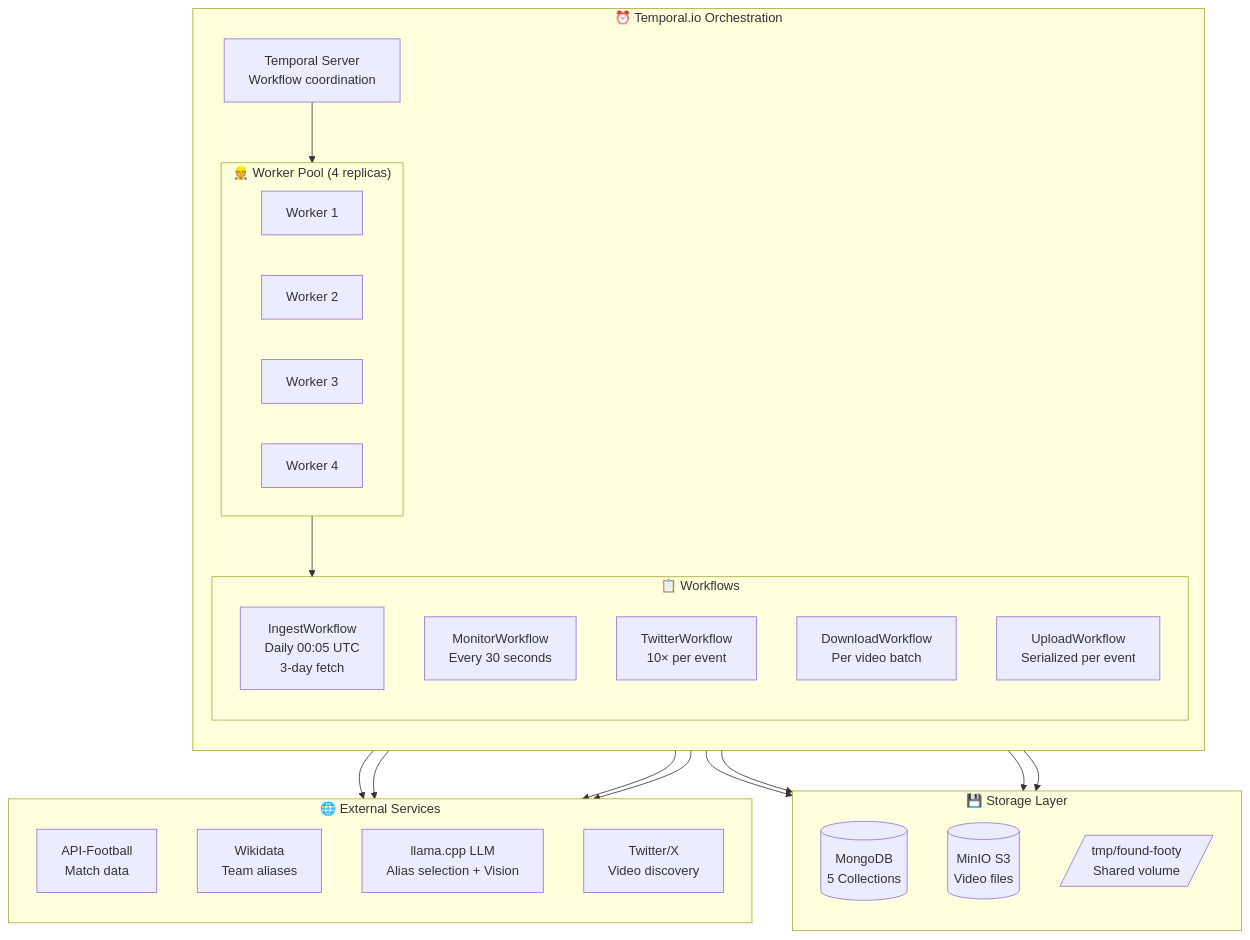
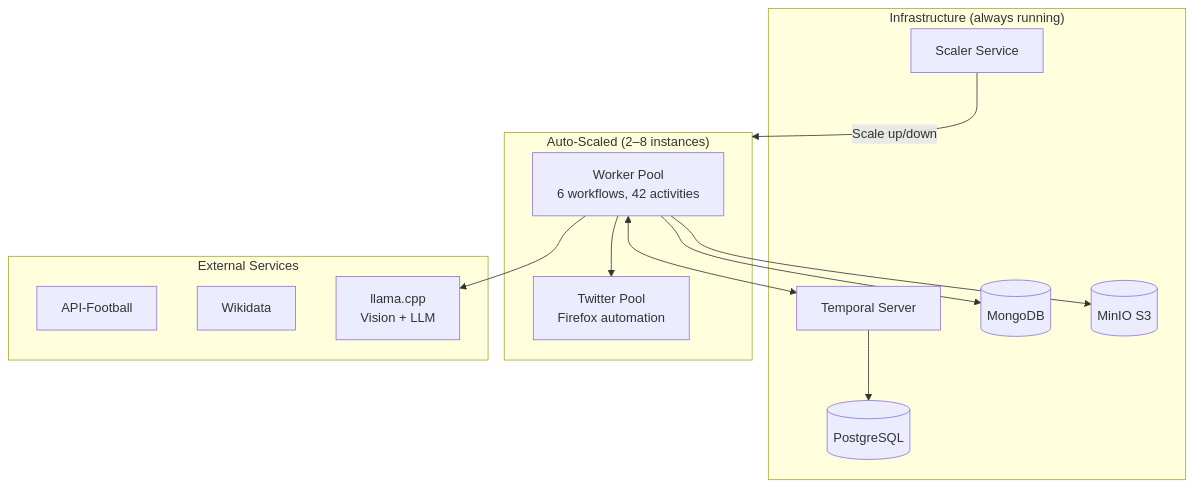
Before and after one commit to vedantadhobley/found-footy: the second of 14 diagrams in README.md, drawn with Mermaid. The commit also changed other lines of this file and 5 other files, not shown here.

````diff
--- a/README.md
+++ b/README.md
@@ -58,49 +59,28 @@
 ```mermaid
 flowchart TB
-    subgraph TEMPORAL["⏰ Temporal.io Orchestration"]
-        direction TB
-        SERVER[Temporal Server<br/>Workflow coordination]
-        
-        subgraph WORKERS["👷 Worker Pool (4 replicas)"]
-            W1[Worker 1]
-            W2[Worker 2]
-            W3[Worker 3]
-            W4[Worker 4]
-        end
-        
-        subgraph WORKFLOWS["📋 Workflows"]
-            INGEST[IngestWorkflow<br/>Daily 00:05 UTC<br/>3-day fetch]
-            MONITOR[MonitorWorkflow<br/>Every 30 seconds]
-            TWITTERWF[TwitterWorkflow<br/>10× per event]
-            DOWNLOADWF[DownloadWorkflow<br/>Per video batch]
-            UPLOADWF[UploadWorkflow<br/>Serialized per event]
-        end
-        
-        SERVER --> WORKERS
-        WORKERS --> WORKFLOWS
+    subgraph INFRA["Infrastructure (always running)"]
+        TEMPORAL[Temporal Server]
+        POSTGRES[(PostgreSQL)]
+        MONGO[(MongoDB)]
+        MINIO[(MinIO S3)]
+        SCALER[Scaler Service]
     end
-    
-    subgraph STORAGE["💾 Storage Layer"]
-        direction TB
-        MONGO[(MongoDB<br/>5 Collections)]
-        MINIO[(MinIO S3<br/>Video files)]
-        TEMP[/tmp/found-footy<br/>Shared volume/]
+
+    subgraph MANAGED["Auto-Scaled (2–8 instances)"]
+        WORKERS[Worker Pool<br/>6 workflows, 42 activities]
+        TWITTER[Twitter Pool<br/>Firefox automation]
     end
-    
-    subgraph EXTERNAL["🌐 External Services"]
-        direction TB
-        APIFB[API-Football<br/>Match data]
-        WIKIDATA[Wikidata<br/>Team aliases]
-        LLM[llama.cpp LLM<br/>Alias selection + Vision]
-        TWITTER[Twitter/X<br/>Video discovery]
+
+    subgraph EXTERNAL["External Services"]
+        APIFB[API-Football]
+        WIKIDATA[Wikidata]
+        LLM[llama.cpp<br/>Vision + LLM]
     end
-    
-    INGEST --> APIFB
-    MONITOR --> APIFB
-    MONITOR --> MONGO
-    TWITTERWF --> TWITTER
-    DOWNLOADWF --> LLM
-    DOWNLOADWF --> TEMP
-    UPLOADWF --> MINIO
-    UPLOADWF --> MONGO
+
+    SCALER -->|Scale up/down| MANAGED
+    WORKERS <--> TEMPORAL
+    WORKERS --> MONGO & MINIO
+    WORKERS --> TWITTER
+    WORKERS --> LLM
+    TEMPORAL --> POSTGRES
 ```
````
